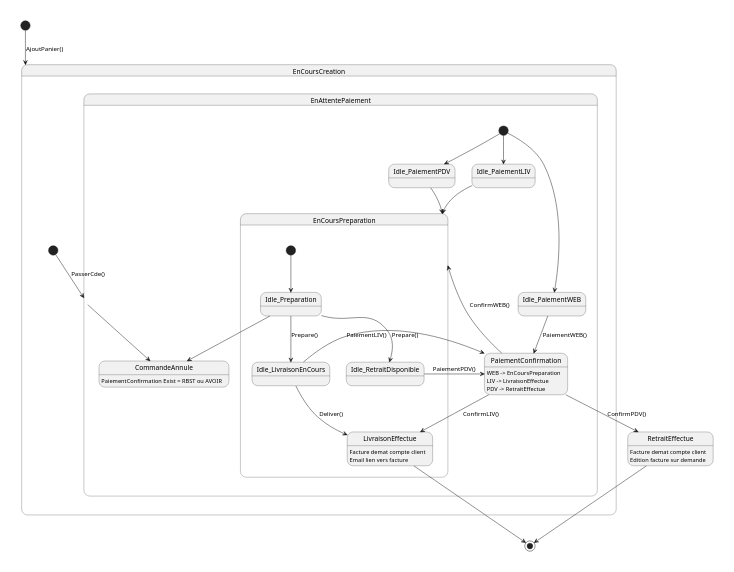
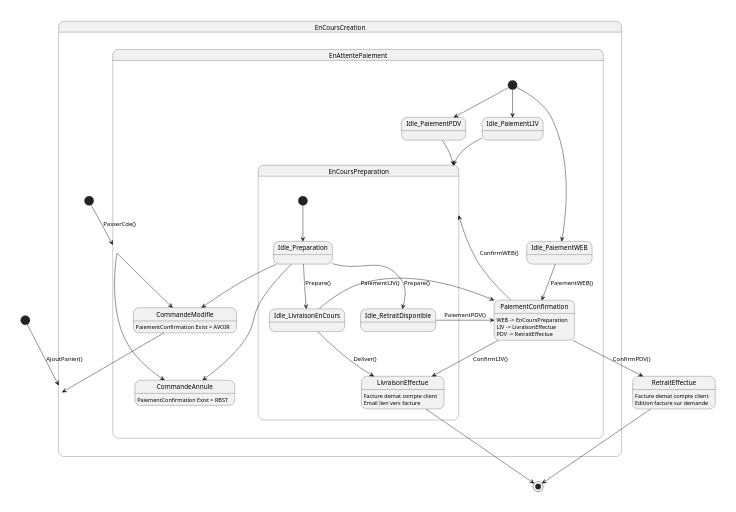
The diagram in uml/src/order-lifecycle.puml (rvallet/oc-pizza), drawn with PlantUML before and after one commit. The commit also changed 4 other files, not shown here.

```diff
--- a/uml/src/order-lifecycle.puml
+++ b/uml/src/order-lifecycle.puml
@@ -1,56 +1,64 @@
 @startuml
 scale 350 width
 [*] --> EnCoursCreation : AjoutPanier()
 
 state EnCoursCreation {
   [*] --> EnAttentePaiement : PasserCde()
 /'  [*] --> CommandeAnnule'/
  }
 
 state EnAttentePaiement {
   [*] --> Idle_PaiementPDV
   [*] --> Idle_PaiementWEB
   [*] --> Idle_PaiementLIV
   Idle_PaiementPDV --> EnCoursPreparation
   Idle_PaiementLIV --> EnCoursPreparation
   Idle_PaiementWEB --> PaiementConfirmation : PaiementWEB()
   PaiementConfirmation --> EnCoursPreparation : ConfirmWEB()
   EnAttentePaiement --> CommandeAnnule
+  EnAttentePaiement --> CommandeModifie
 }
 
 state EnCoursPreparation {
   [*] --> Idle_Preparation
   Idle_Preparation --> CommandeAnnule
+  Idle_Preparation --> CommandeModifie
   Idle_Preparation --> Idle_LivraisonEnCours : Prepare()
   Idle_Preparation --> Idle_RetraitDisponible : Prepare()
   Idle_LivraisonEnCours --> LivraisonEffectue : Deliver()
   Idle_RetraitDisponible --> PaiementConfirmation : PaiementPDV()
   Idle_LivraisonEnCours --> PaiementConfirmation : PaiementLIV()
 }
 
 state LivraisonEffectue {
 LivraisonEffectue : Facture demat compte client
 LivraisonEffectue : Email lien vers facture
 }
 
 state RetraitEffectue {
 RetraitEffectue: Facture demat compte client
 RetraitEffectue: Edition facture sur demande
 }
 
 state PaiementConfirmation {
 PaiementConfirmation : WEB -> EnCoursPreparation
 PaiementConfirmation : LIV -> LivraisonEffectue
 PaiementConfirmation : PDV -> RetraitEffectue
 PaiementConfirmation --> RetraitEffectue : ConfirmPDV()
 PaiementConfirmation --> LivraisonEffectue : ConfirmLIV()
 }
 
 state CommandeAnnule {
-CommandeAnnule : PaiementConfirmation Exist = RBST ou AVOIR
+CommandeAnnule : PaiementConfirmation Exist = RBST
+}
+
+state CommandeModifie {
+CommandeModifie : PaiementConfirmation Exist = AVOIR
+CommandeModifie --> EnCoursCreation
+CommandeModifie -[HIDDEN]-> CommandeAnnule
 }
 
 LivraisonEffectue --> [*]
 RetraitEffectue --> [*]
 
 @enduml
```
